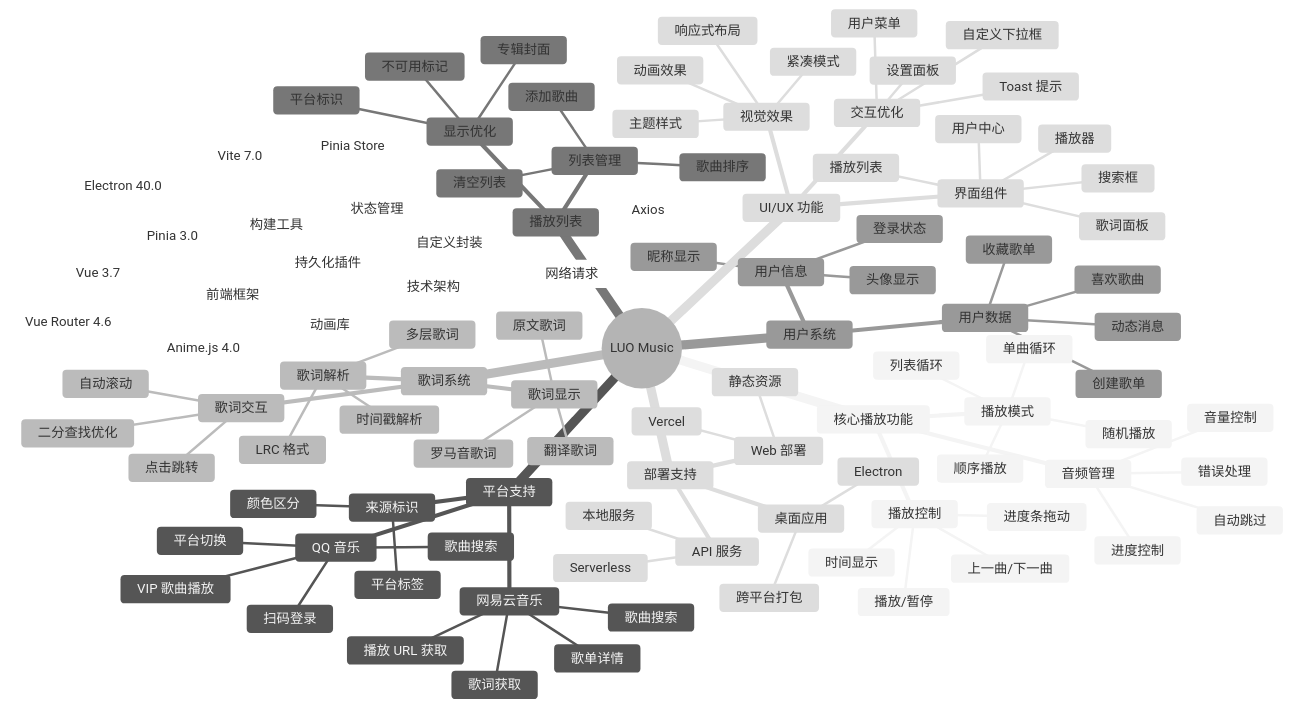
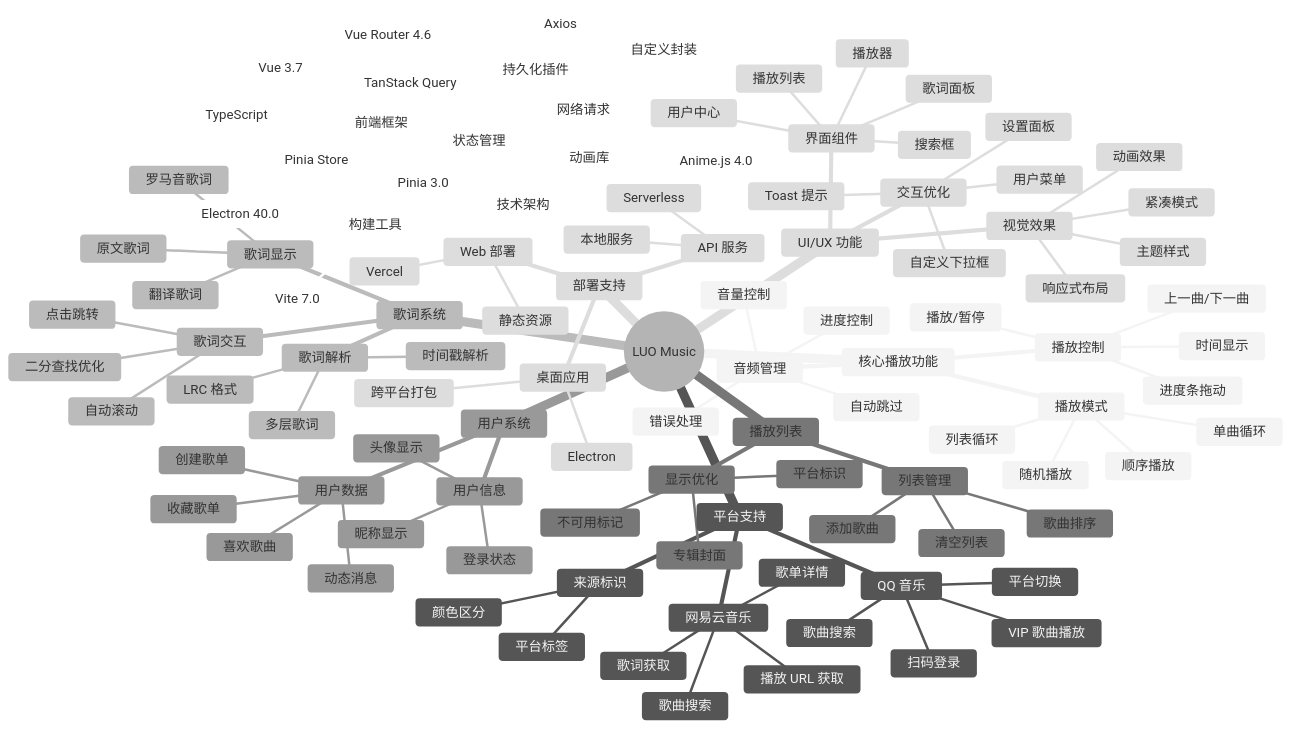
One commit to sansenjian/Luo-Music changed the diagram in README.md. Above: the diagram before and after it, drawn with Mermaid (neutral theme). The commit also changed other lines of this file and 68 other files, not shown here.

```diff
--- a/README.md
+++ b/README.md
@@ -127,6 +135,7 @@
         Vue 3.7
         Pinia 3.0
         Vue Router 4.6
+        TypeScript
       构建工具
         Vite 7.0
         Electron 40.0
@@ -134,6 +143,7 @@
         Anime.js 4.0
       状态管理
         Pinia Store
+        TanStack Query
         持久化插件
       网络请求
         Axios
```
